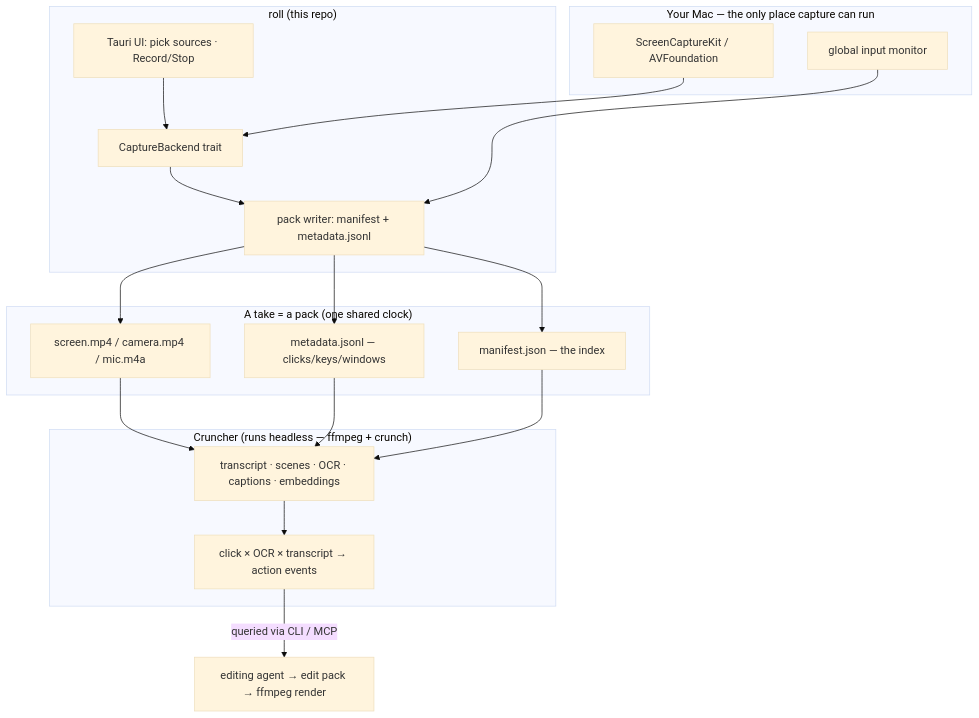
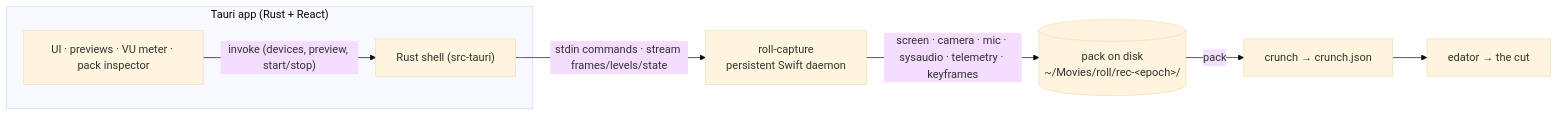
Before and after one commit to StuMason/roll: the diagram in README.md, drawn with Mermaid (base theme). The commit also changed other lines of this file, not shown here.

````diff
--- a/README.md
+++ b/README.md
@@ -33,31 +56,14 @@
 ```mermaid
-flowchart TD
-  subgraph mac["Your Mac — the only place capture can run"]
-    SCK["ScreenCaptureKit / AVFoundation"]
-    IN["global input monitor"]
+flowchart LR
+  subgraph app["Tauri app (Rust + React)"]
+    UI["UI · previews · VU meter · pack inspector"]
+    RS["Rust shell (src-tauri)"]
   end
+  SC["roll-capture<br/>persistent Swift daemon"]
+  PACK[("pack on disk<br/>~/Movies/roll/rec-&lt;epoch&gt;/")]
 
-  subgraph roll["roll (this repo)"]
-    UI["Tauri UI: pick sources · Record/Stop"]
-    BE["CaptureBackend trait"]
-    PK["pack writer: manifest + metadata.jsonl"]
-    UI --> BE --> PK
-  end
-
-  subgraph pack["A take = a pack (one shared clock)"]
-    S["screen.mp4 / camera.mp4 / mic.m4a"]
-    M["metadata.jsonl — clicks/keys/windows"]
-    MF["manifest.json — the index"]
-  end
-
-  subgraph server["Cruncher (runs headless — ffmpeg + crunch)"]
-    X["transcript · scenes · OCR · captions · embeddings"]
-    J["click × OCR × transcript → action events"]
-  end
-
-  SCK --> BE
-  IN --> PK
-  PK --> S & M & MF
-  S & M & MF --> X --> J
-  J -->|queried via CLI / MCP| AGENT["editing agent → edit pack → ffmpeg render"]
+  UI -- "invoke (devices, preview, start/stop)" --> RS
+  RS -- "stdin commands · stream frames/levels/state" --> SC
+  SC -- "screen · camera · mic · sysaudio · telemetry · keyframes" --> PACK
+  PACK -->|pack| CRUNCH["crunch → crunch.json"] --> EDATOR["edator → the cut"]
 ```
````
